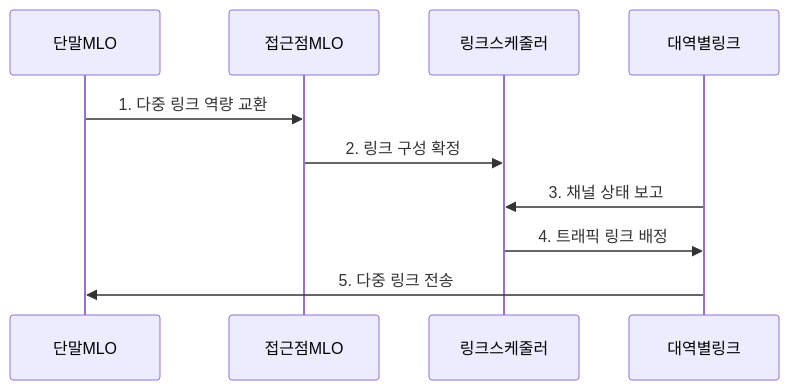
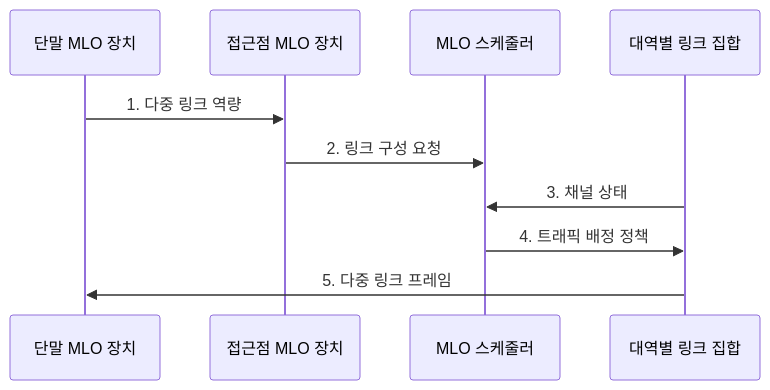
The second of 2 diagrams in src/content/docs/notes/04-network/033_wi_fi_7.md (agnusdei1207/knowledge-base), drawn with Mermaid before and after one commit. The commit also changed other lines of this file and 20 other files, not shown here.

````diff
--- a/src/content/docs/notes/04-network/033_wi_fi_7.md
+++ b/src/content/docs/notes/04-network/033_wi_fi_7.md
@@ -77,12 +83,12 @@
 ```mermaid
 sequenceDiagram
-    participant 단말MLO
-    participant 접근점MLO
-    participant 링크스케줄러
-    participant 대역별링크
-    단말MLO->>접근점MLO: 1. 다중 링크 역량 교환
-    접근점MLO->>링크스케줄러: 2. 링크 구성 확정
-    대역별링크->>링크스케줄러: 3. 채널 상태 보고
-    링크스케줄러->>대역별링크: 4. 트래픽 링크 배정
-    대역별링크->>단말MLO: 5. 다중 링크 전송
+    participant 단말MLO as 단말 MLO 장치
+    participant 접근점MLO as 접근점 MLO 장치
+    participant MLO스케줄러 as MLO 스케줄러
+    participant 대역별링크집합 as 대역별 링크 집합
+    단말MLO->>접근점MLO: 1. 다중 링크 역량
+    접근점MLO->>MLO스케줄러: 2. 링크 구성 요청
+    대역별링크집합->>MLO스케줄러: 3. 채널 상태
+    MLO스케줄러->>대역별링크집합: 4. 트래픽 배정 정책
+    대역별링크집합->>단말MLO: 5. 다중 링크 프레임
 ```
````
